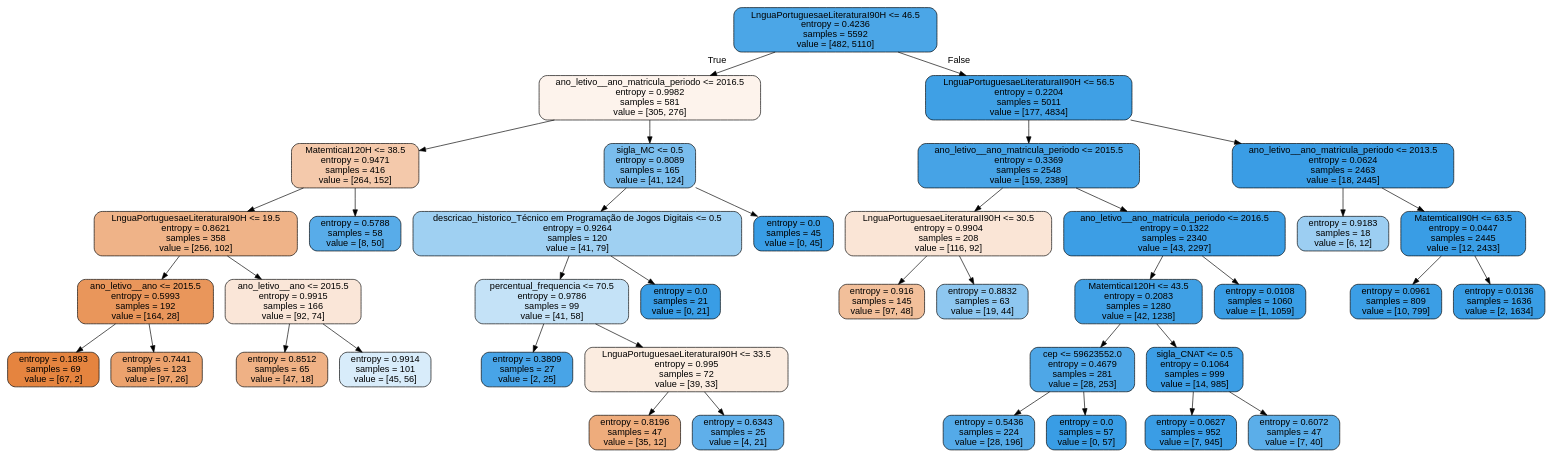
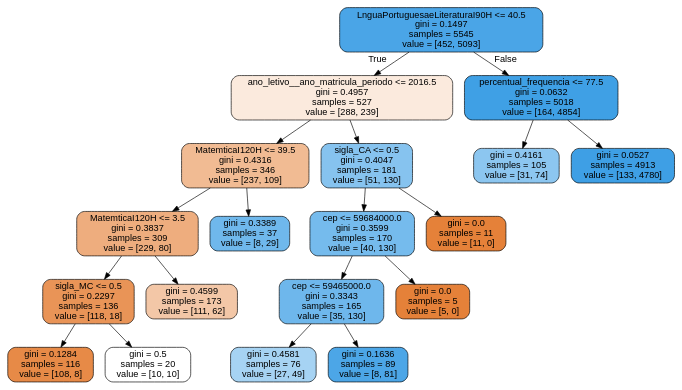
Before and after one commit to tmedeirosb/modelo_ifrn_integrado: the diagram in versao_2/tree.dot, drawn with Graphviz. The commit also changed 7 other files, not shown here.

```diff
--- a/versao_2/tree.dot
+++ b/versao_2/tree.dot
@@ -1,81 +1,41 @@
 digraph Tree {
 node [shape=box, style="filled, rounded", color="black", fontname=helvetica] ;
 edge [fontname=helvetica] ;
-0 [label="LnguaPortuguesaeLiteraturaI90H <= 46.5\nentropy = 0.4236\nsamples = 5592\nvalue = [482, 5110]", fillcolor="#399de5e7"] ;
-1 [label="ano_letivo__ano_matricula_periodo <= 2016.5\nentropy = 0.9982\nsamples = 581\nvalue = [305, 276]", fillcolor="#e5813918"] ;
+0 [label="LnguaPortuguesaeLiteraturaI90H <= 40.5\ngini = 0.1497\nsamples = 5545\nvalue = [452, 5093]", fillcolor="#399de5e8"] ;
+1 [label="ano_letivo__ano_matricula_periodo <= 2016.5\ngini = 0.4957\nsamples = 527\nvalue = [288, 239]", fillcolor="#e581392b"] ;
 0 -> 1 [labeldistance=2.5, labelangle=45, headlabel="True"] ;
-7 [label="MatemticaI120H <= 38.5\nentropy = 0.9471\nsamples = 416\nvalue = [264, 152]", fillcolor="#e581396c"] ;
-1 -> 7 ;
-9 [label="LnguaPortuguesaeLiteraturaI90H <= 19.5\nentropy = 0.8621\nsamples = 358\nvalue = [256, 102]", fillcolor="#e5813999"] ;
-7 -> 9 ;
-13 [label="ano_letivo__ano <= 2015.5\nentropy = 0.5993\nsamples = 192\nvalue = [164, 28]", fillcolor="#e58139d3"] ;
-9 -> 13 ;
-31 [label="entropy = 0.1893\nsamples = 69\nvalue = [67, 2]", fillcolor="#e58139f7"] ;
-13 -> 31 ;
-32 [label="entropy = 0.7441\nsamples = 123\nvalue = [97, 26]", fillcolor="#e58139bb"] ;
-13 -> 32 ;
-14 [label="ano_letivo__ano <= 2015.5\nentropy = 0.9915\nsamples = 166\nvalue = [92, 74]", fillcolor="#e5813932"] ;
-9 -> 14 ;
-37 [label="entropy = 0.8512\nsamples = 65\nvalue = [47, 18]", fillcolor="#e581399d"] ;
-14 -> 37 ;
-38 [label="entropy = 0.9914\nsamples = 101\nvalue = [45, 56]", fillcolor="#399de532"] ;
-14 -> 38 ;
-10 [label="entropy = 0.5788\nsamples = 58\nvalue = [8, 50]", fillcolor="#399de5d6"] ;
-7 -> 10 ;
-8 [label="sigla_MC <= 0.5\nentropy = 0.8089\nsamples = 165\nvalue = [41, 124]", fillcolor="#399de5ab"] ;
-1 -> 8 ;
-19 [label="descricao_historico_Técnico em Programação de Jogos Digitais <= 0.5\nentropy = 0.9264\nsamples = 120\nvalue = [41, 79]", fillcolor="#399de57b"] ;
-8 -> 19 ;
-25 [label="percentual_frequencia <= 70.5\nentropy = 0.9786\nsamples = 99\nvalue = [41, 58]", fillcolor="#399de54b"] ;
-19 -> 25 ;
-27 [label="entropy = 0.3809\nsamples = 27\nvalue = [2, 25]", fillcolor="#399de5eb"] ;
-25 -> 27 ;
-28 [label="LnguaPortuguesaeLiteraturaI90H <= 33.5\nentropy = 0.995\nsamples = 72\nvalue = [39, 33]", fillcolor="#e5813927"] ;
-25 -> 28 ;
-29 [label="entropy = 0.8196\nsamples = 47\nvalue = [35, 12]", fillcolor="#e58139a8"] ;
-28 -> 29 ;
-30 [label="entropy = 0.6343\nsamples = 25\nvalue = [4, 21]", fillcolor="#399de5ce"] ;
-28 -> 30 ;
-26 [label="entropy = 0.0\nsamples = 21\nvalue = [0, 21]", fillcolor="#399de5ff"] ;
-19 -> 26 ;
-20 [label="entropy = 0.0\nsamples = 45\nvalue = [0, 45]", fillcolor="#399de5ff"] ;
-8 -> 20 ;
-2 [label="LnguaPortuguesaeLiteraturaII90H <= 56.5\nentropy = 0.2204\nsamples = 5011\nvalue = [177, 4834]", fillcolor="#399de5f6"] ;
+3 [label="MatemticaI120H <= 39.5\ngini = 0.4316\nsamples = 346\nvalue = [237, 109]", fillcolor="#e581398a"] ;
+1 -> 3 ;
+5 [label="MatemticaI120H <= 3.5\ngini = 0.3837\nsamples = 309\nvalue = [229, 80]", fillcolor="#e58139a6"] ;
+3 -> 5 ;
+11 [label="sigla_MC <= 0.5\ngini = 0.2297\nsamples = 136\nvalue = [118, 18]", fillcolor="#e58139d8"] ;
+5 -> 11 ;
+13 [label="gini = 0.1284\nsamples = 116\nvalue = [108, 8]", fillcolor="#e58139ec"] ;
+11 -> 13 ;
+14 [label="gini = 0.5\nsamples = 20\nvalue = [10, 10]", fillcolor="#e5813900"] ;
+11 -> 14 ;
+12 [label="gini = 0.4599\nsamples = 173\nvalue = [111, 62]", fillcolor="#e5813971"] ;
+5 -> 12 ;
+6 [label="gini = 0.3389\nsamples = 37\nvalue = [8, 29]", fillcolor="#399de5b9"] ;
+3 -> 6 ;
+4 [label="sigla_CA <= 0.5\ngini = 0.4047\nsamples = 181\nvalue = [51, 130]", fillcolor="#399de59b"] ;
+1 -> 4 ;
+9 [label="cep <= 59684000.0\ngini = 0.3599\nsamples = 170\nvalue = [40, 130]", fillcolor="#399de5b1"] ;
+4 -> 9 ;
+15 [label="cep <= 59465000.0\ngini = 0.3343\nsamples = 165\nvalue = [35, 130]", fillcolor="#399de5ba"] ;
+9 -> 15 ;
+17 [label="gini = 0.4581\nsamples = 76\nvalue = [27, 49]", fillcolor="#399de572"] ;
+15 -> 17 ;
+18 [label="gini = 0.1636\nsamples = 89\nvalue = [8, 81]", fillcolor="#399de5e6"] ;
+15 -> 18 ;
+16 [label="gini = 0.0\nsamples = 5\nvalue = [5, 0]", fillcolor="#e58139ff"] ;
+9 -> 16 ;
+10 [label="gini = 0.0\nsamples = 11\nvalue = [11, 0]", fillcolor="#e58139ff"] ;
+4 -> 10 ;
+2 [label="percentual_frequencia <= 77.5\ngini = 0.0632\nsamples = 5018\nvalue = [164, 4854]", fillcolor="#399de5f6"] ;
 0 -> 2 [labeldistance=2.5, labelangle=-45, headlabel="False"] ;
-3 [label="ano_letivo__ano_matricula_periodo <= 2015.5\nentropy = 0.3369\nsamples = 2548\nvalue = [159, 2389]", fillcolor="#399de5ee"] ;
-2 -> 3 ;
-5 [label="LnguaPortuguesaeLiteraturaII90H <= 30.5\nentropy = 0.9904\nsamples = 208\nvalue = [116, 92]", fillcolor="#e5813935"] ;
-3 -> 5 ;
-23 [label="entropy = 0.916\nsamples = 145\nvalue = [97, 48]", fillcolor="#e5813981"] ;
-5 -> 23 ;
-24 [label="entropy = 0.8832\nsamples = 63\nvalue = [19, 44]", fillcolor="#399de591"] ;
-5 -> 24 ;
-6 [label="ano_letivo__ano_matricula_periodo <= 2016.5\nentropy = 0.1322\nsamples = 2340\nvalue = [43, 2297]", fillcolor="#399de5fa"] ;
-3 -> 6 ;
-11 [label="MatemticaI120H <= 43.5\nentropy = 0.2083\nsamples = 1280\nvalue = [42, 1238]", fillcolor="#399de5f6"] ;
-6 -> 11 ;
-15 [label="cep <= 59623552.0\nentropy = 0.4679\nsamples = 281\nvalue = [28, 253]", fillcolor="#399de5e3"] ;
-11 -> 15 ;
-33 [label="entropy = 0.5436\nsamples = 224\nvalue = [28, 196]", fillcolor="#399de5db"] ;
-15 -> 33 ;
-34 [label="entropy = 0.0\nsamples = 57\nvalue = [0, 57]", fillcolor="#399de5ff"] ;
-15 -> 34 ;
-16 [label="sigla_CNAT <= 0.5\nentropy = 0.1064\nsamples = 999\nvalue = [14, 985]", fillcolor="#399de5fb"] ;
-11 -> 16 ;
-21 [label="entropy = 0.0627\nsamples = 952\nvalue = [7, 945]", fillcolor="#399de5fd"] ;
-16 -> 21 ;
-22 [label="entropy = 0.6072\nsamples = 47\nvalue = [7, 40]", fillcolor="#399de5d2"] ;
-16 -> 22 ;
-12 [label="entropy = 0.0108\nsamples = 1060\nvalue = [1, 1059]", fillcolor="#399de5ff"] ;
-6 -> 12 ;
-4 [label="ano_letivo__ano_matricula_periodo <= 2013.5\nentropy = 0.0624\nsamples = 2463\nvalue = [18, 2445]", fillcolor="#399de5fd"] ;
-2 -> 4 ;
-17 [label="entropy = 0.9183\nsamples = 18\nvalue = [6, 12]", fillcolor="#399de57f"] ;
-4 -> 17 ;
-18 [label="MatemticaII90H <= 63.5\nentropy = 0.0447\nsamples = 2445\nvalue = [12, 2433]", fillcolor="#399de5fe"] ;
-4 -> 18 ;
-35 [label="entropy = 0.0961\nsamples = 809\nvalue = [10, 799]", fillcolor="#399de5fc"] ;
-18 -> 35 ;
-36 [label="entropy = 0.0136\nsamples = 1636\nvalue = [2, 1634]", fillcolor="#399de5ff"] ;
-18 -> 36 ;
+7 [label="gini = 0.4161\nsamples = 105\nvalue = [31, 74]", fillcolor="#399de594"] ;
+2 -> 7 ;
+8 [label="gini = 0.0527\nsamples = 4913\nvalue = [133, 4780]", fillcolor="#399de5f8"] ;
+2 -> 8 ;
 }
```
